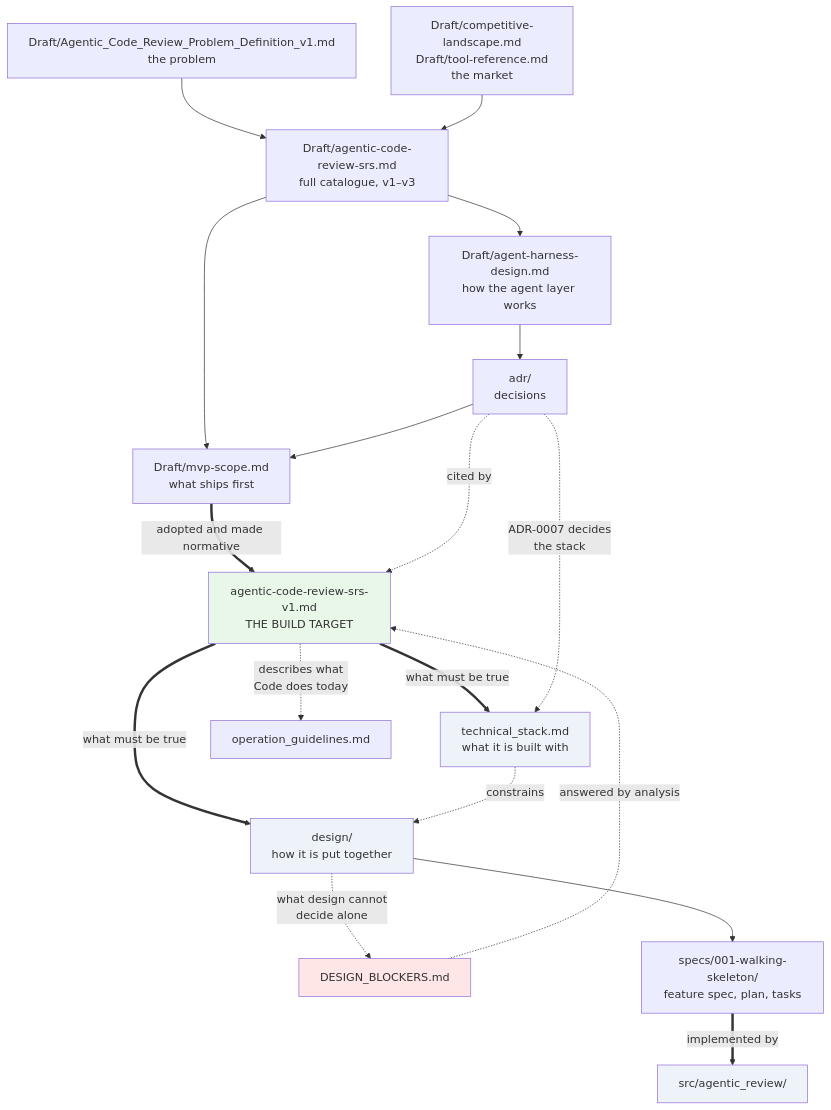
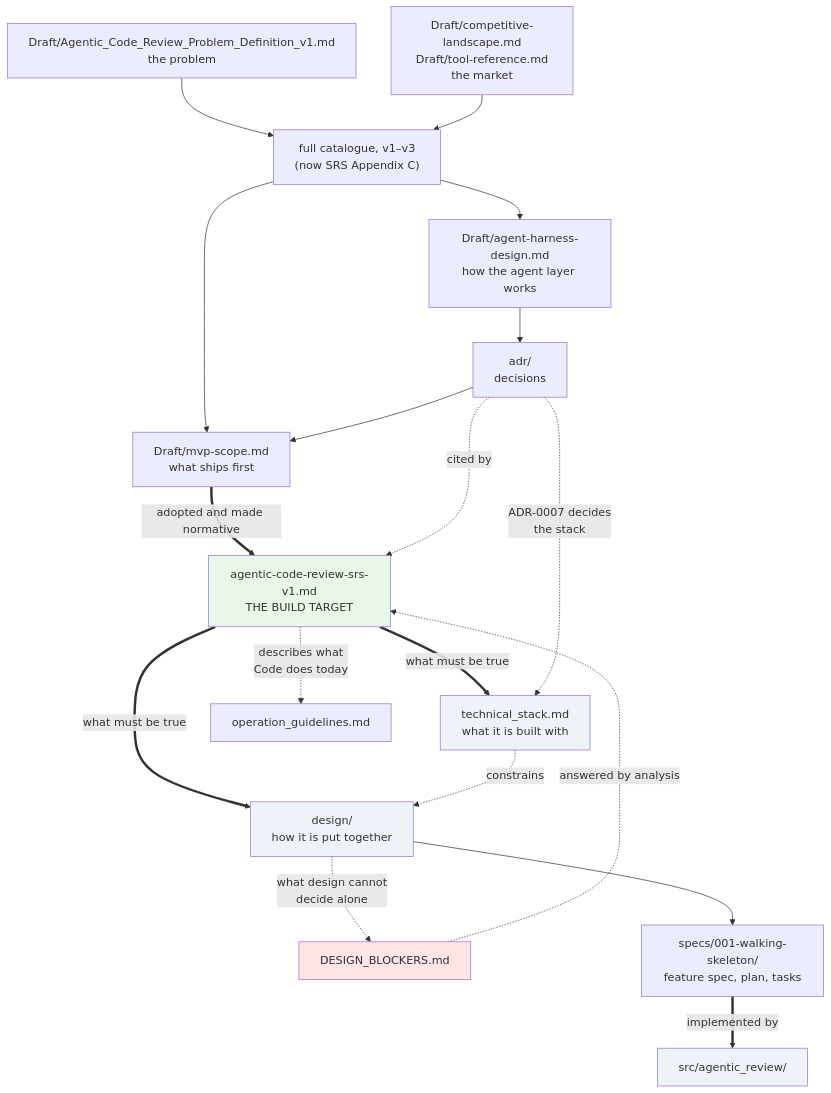
One commit to nhahub/NHA-5-285 changed the diagram in Docs/README.md. Above: the diagram before and after it, drawn with Mermaid. The commit also changed other lines of this file and 7 other files, not shown here.

First line of the commit message:
docs(srs): merge the catalogue and srs-v2 into one SRS (v1.7)

````diff
--- a/Docs/README.md
+++ b/Docs/README.md
@@ -43,26 +40,26 @@
 ```mermaid
 flowchart TD
-    P["Draft/Agentic_Code_Review_Problem_Definition_v1.md<br/>the problem"] --> C["Draft/agentic-code-review-srs.md<br/>full catalogue, v1–v3"]
+    P["Draft/Agentic_Code_Review_Problem_Definition_v1.md<br/>the problem"] --> C["full catalogue, v1–v3<br/>(now SRS Appendix C)"]
     L["Draft/competitive-landscape.md<br/>Draft/tool-reference.md<br/>the market"] --> C
     C --> H["Draft/agent-harness-design.md<br/>how the agent layer works"]
     H --> A["adr/<br/>decisions"]
     C --> M["Draft/mvp-scope.md<br/>what ships first"]
     A --> M
     M ==>|"adopted and made normative"| S["agentic-code-review-srs-v1.md<br/>THE BUILD TARGET"]
     A -.->|"cited by"| S
     S ==>|"what must be true"| T["technical_stack.md<br/>what it is built with"]
     A -.->|"ADR-0007 decides<br/>the stack"| T
     S ==>|"what must be true"| D["design/<br/>how it is put together"]
     T -.->|"constrains"| D
     D -.->|"what design cannot<br/>decide alone"| B["DESIGN_BLOCKERS.md"]
     B -.->|"answered by analysis"| S
     D --> F["specs/001-walking-skeleton/<br/>feature spec, plan, tasks"]
     F ==>|"implemented by"| Code["src/agentic_review/"]
     S -.->|"describes what<br/>Code does today"| G["operation_guidelines.md"]
 
     style S fill:#e8f7e8
     style T fill:#eef3fa
     style D fill:#eef3fa
     style B fill:#ffe6e6
     style Code fill:#eef3fa
 ```
````
